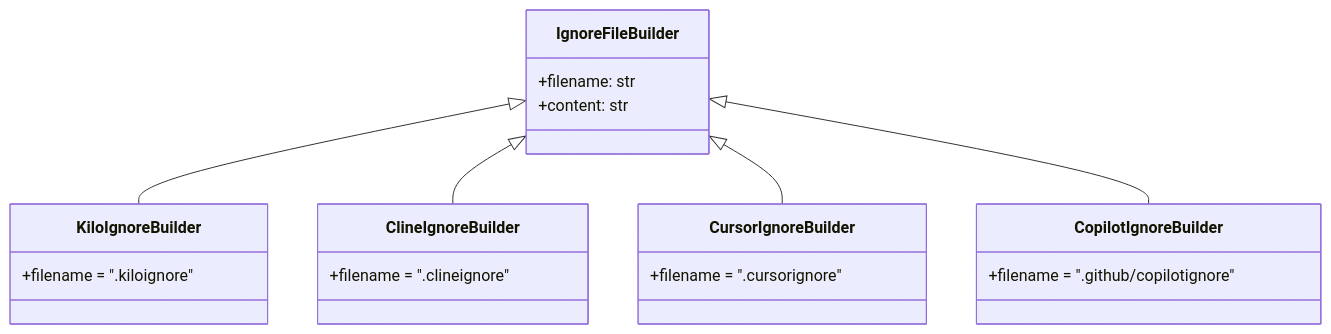
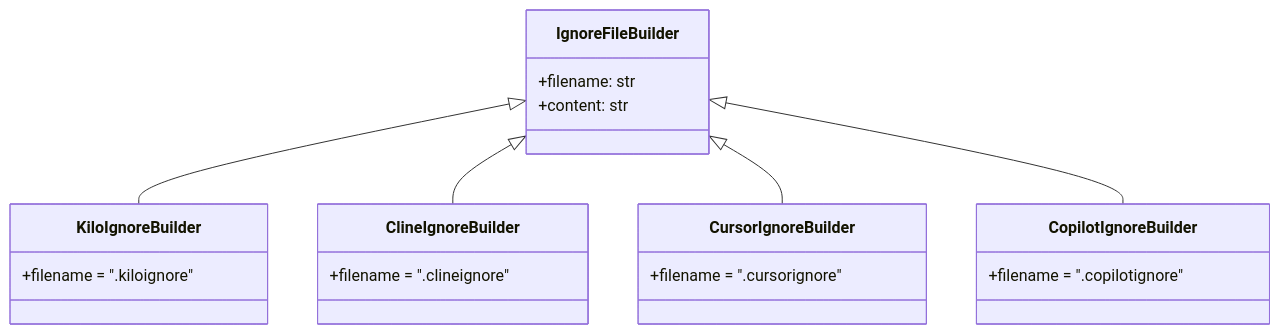
The third of 3 diagrams in promptosaurus/builders/BUILDERS.md (snoodleboot-io/prompticorn), drawn with Mermaid before and after one commit. The commit also changed other lines of this file and 234 other files, not shown here.

````diff
--- a/promptosaurus/builders/BUILDERS.md
+++ b/promptosaurus/builders/BUILDERS.md
@@ -184,28 +172,28 @@
 ```mermaid
 classDiagram
     class IgnoreFileBuilder {
         +filename: str
         +content: str
     }
     
     class KiloIgnoreBuilder {
         +filename = ".kiloignore"
     }
     
     class ClineIgnoreBuilder {
         +filename = ".clineignore"
     }
     
     class CursorIgnoreBuilder {
         +filename = ".cursorignore"
     }
     
     class CopilotIgnoreBuilder {
-        +filename = ".github/copilotignore"
+        +filename = ".copilotignore"
     }
     
     IgnoreFileBuilder <|-- KiloIgnoreBuilder
     IgnoreFileBuilder <|-- ClineIgnoreBuilder
     IgnoreFileBuilder <|-- CursorIgnoreBuilder
     IgnoreFileBuilder <|-- CopilotIgnoreBuilder
 ```
````
